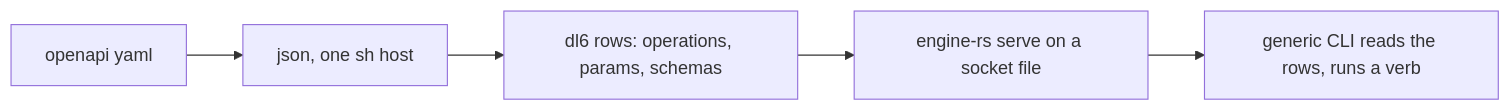
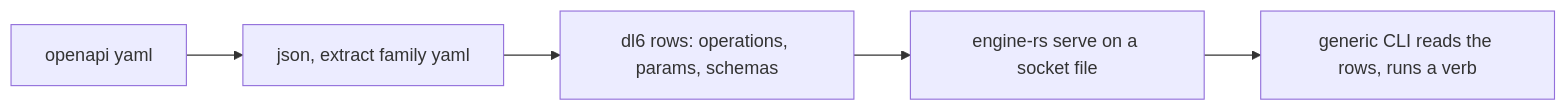
One commit to hafley66/sprefa changed the first of 5 diagrams in plans/2026-08-17-openapi-clap-uds.PLAN.visual.human.unga.md. Above: the diagram before and after it, drawn with Mermaid. The commit also changed other lines of this file and 1 other file, not shown here.

Commit message:
plan: yaml is a sprefa-extract family hosted on both doors

````diff
--- a/plans/2026-08-17-openapi-clap-uds.PLAN.visual.human.unga.md
+++ b/plans/2026-08-17-openapi-clap-uds.PLAN.visual.human.unga.md
@@ -14,7 +14,7 @@
 ```mermaid
 flowchart LR
-  Y[openapi yaml] --> J[json, one sh host]
+  Y[openapi yaml] --> J[json, extract family yaml]
   J --> R[dl6 rows: operations, params, schemas]
   R --> S[engine-rs serve on a socket file]
   S --> C[generic CLI reads the rows, runs a verb]
 ```
````
